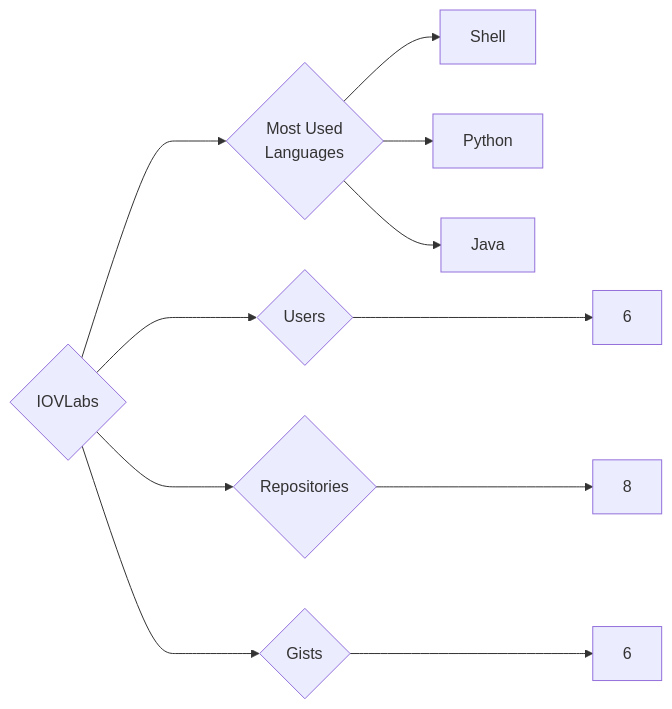
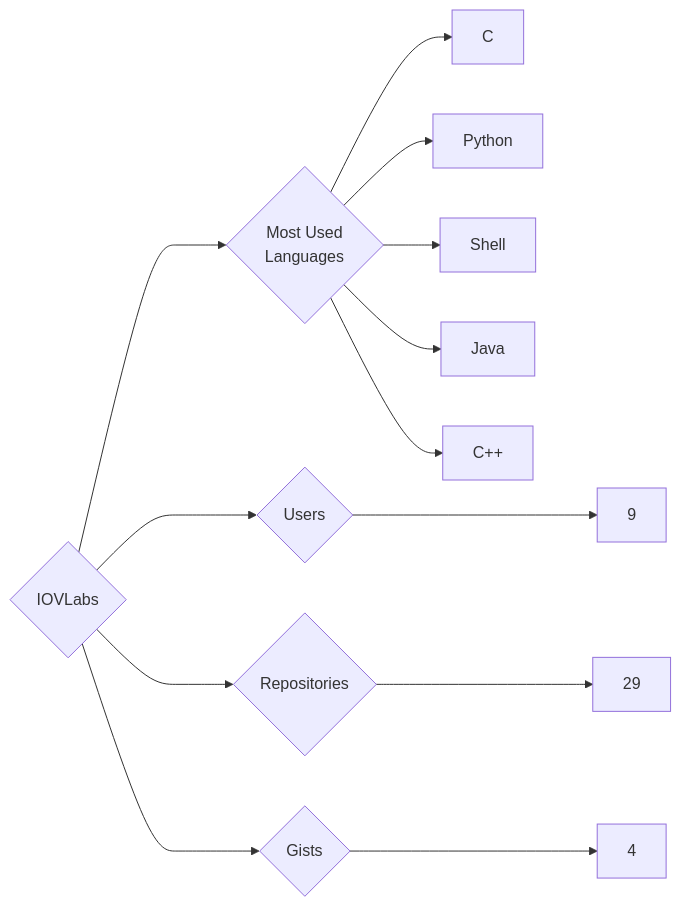
One commit to trickest/insiders changed the diagram in targets/IOVLabs/README.md. Above: the diagram before and after it, drawn with Mermaid. The commit also changed 933 other files, not shown here.

````diff
--- a/targets/IOVLabs/README.md
+++ b/targets/IOVLabs/README.md
@@ -3,11 +3,13 @@
 ```mermaid
 graph LR
 COMPANY_NAME{IOVLabs}
-COMPANY_NAME ---> U{Users} ---> UN[6]
-COMPANY_NAME ---> R{Repositories} ---> RN[8]
-COMPANY_NAME ---> G{Gists} ---> GN[6]
+COMPANY_NAME ---> U{Users} ---> UN[9]
+COMPANY_NAME ---> R{Repositories} ---> RN[29]
+COMPANY_NAME ---> G{Gists} ---> GN[4]
 COMPANY_NAME ---> ML{Most Used<br>Languages}
+ML --> C[C]
+ML --> Python[Python]
 ML --> Shell[Shell]
-ML --> Python[Python]
 ML --> Java[Java]
+ML --> C++[C++]
 ```
````
